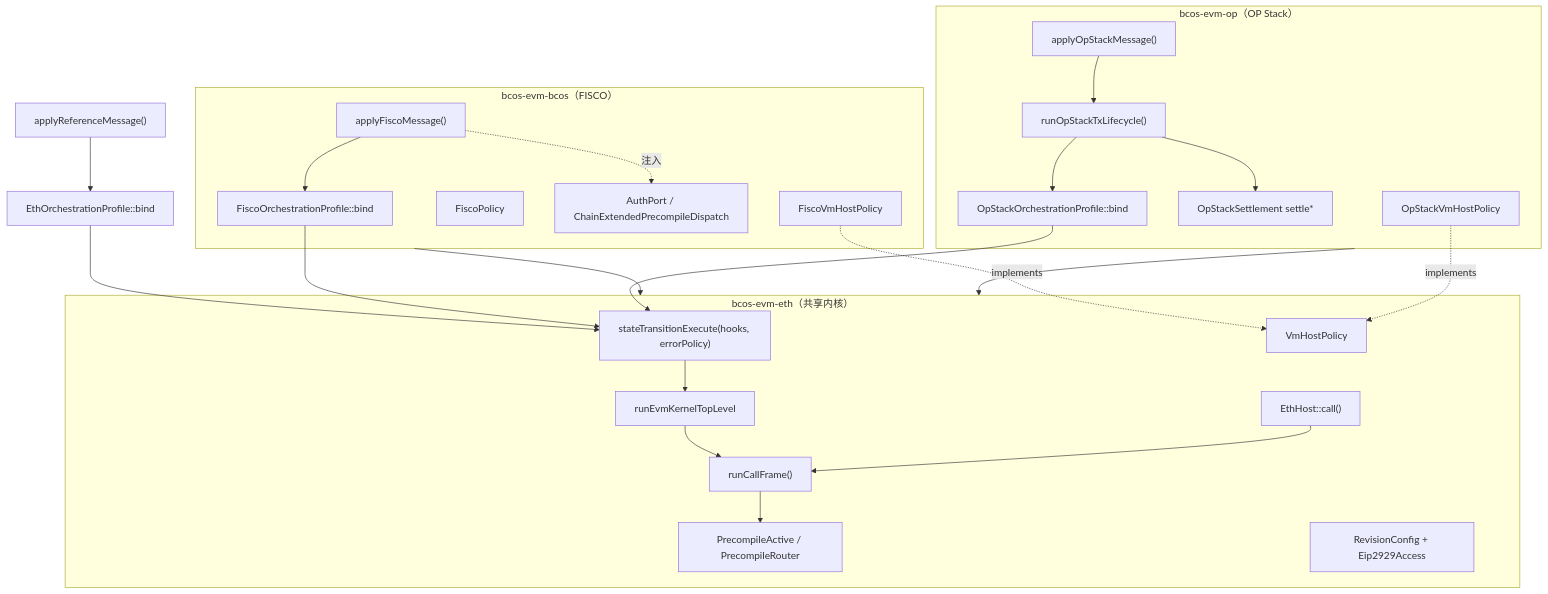
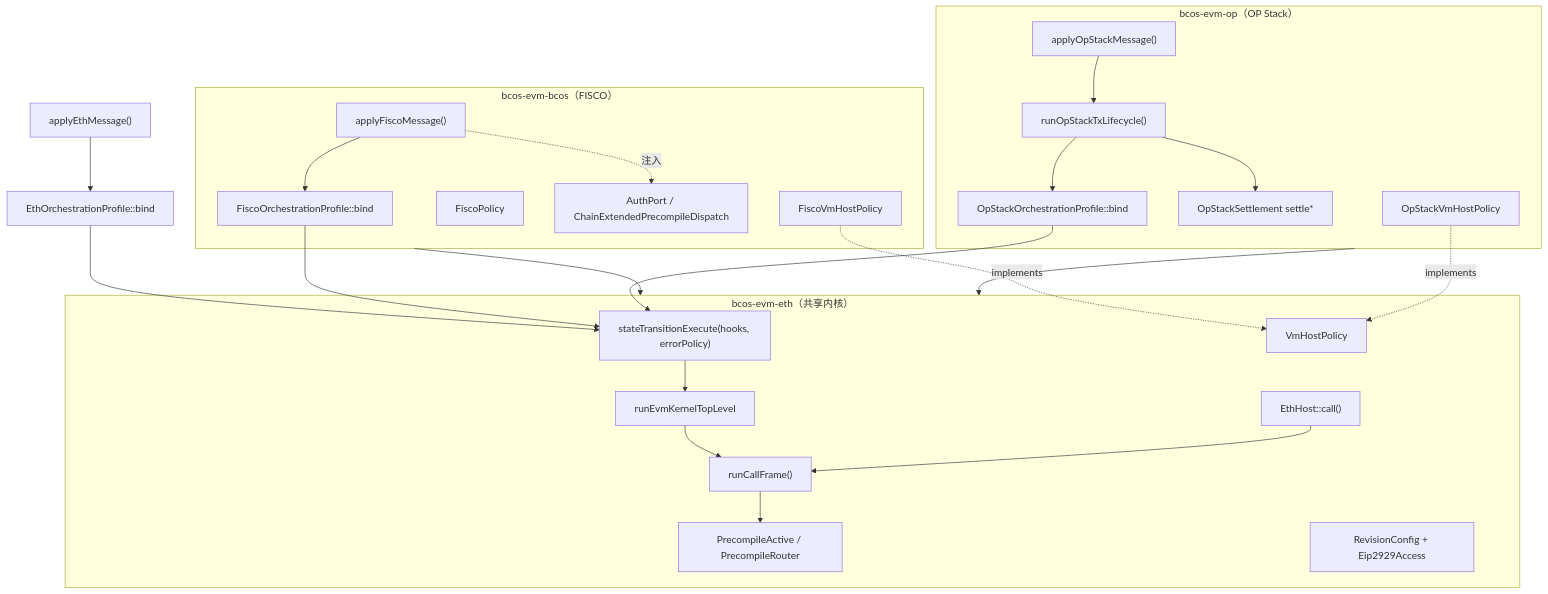
The diagram in bcos-evm/docs/architecture-overview.md (ywy2090/FISCO-BCOS), drawn with Mermaid before and after one commit. The commit also changed other lines of this file and 130 other files, not shown here.

First line of the commit message:
refactor(evm): inline execution bundles and align Eth message naming

````diff
--- a/bcos-evm/docs/architecture-overview.md
+++ b/bcos-evm/docs/architecture-overview.md
@@ -36,41 +36,41 @@
 ```mermaid
 graph TD
     subgraph kernel["bcos-evm-eth（共享内核）"]
         RO["stateTransitionExecute(hooks, errorPolicy)"]
         TEA["runEvmKernelTopLevel"]
         EF["runCallFrame()"]
         PA["PrecompileActive / PrecompileRouter"]
         EH["EthHost::call()"]
         VHP["VmHostPolicy"]
         RC["RevisionConfig + Eip2929Access"]
     end
     subgraph bcos["bcos-evm-bcos（FISCO）"]
         FEB["applyFiscoMessage()"]
         FOP["FiscoOrchestrationProfile::bind"]
         FVP["FiscoVmHostPolicy"]
         FP["FiscoPolicy"]
         PORTS["AuthPort / ChainExtendedPrecompileDispatch"]
     end
     subgraph op["bcos-evm-op（OP Stack）"]
         OEB["applyOpStackMessage()"]
         OTL["runOpStackTxLifecycle()"]
         OOP["OpStackOrchestrationProfile::bind"]
         OSET["OpStackSettlement settle*"]
         OVP["OpStackVmHostPolicy"]
     end
-    ETH["applyReferenceMessage()"] --> EOP["EthOrchestrationProfile::bind"]
+    ETH["applyEthMessage()"] --> EOP["EthOrchestrationProfile::bind"]
     EOP --> RO
     FEB --> FOP --> RO
     OEB --> OTL
     OTL --> OOP --> RO
     OTL --> OSET
     RO --> TEA
     TEA --> EF
     EF --> PA
     EH --> EF
     FVP -.implements.-> VHP
     OVP -.implements.-> VHP
     FEB -. 注入 .-> PORTS
     bcos --> kernel
     op --> kernel
 ```
````
